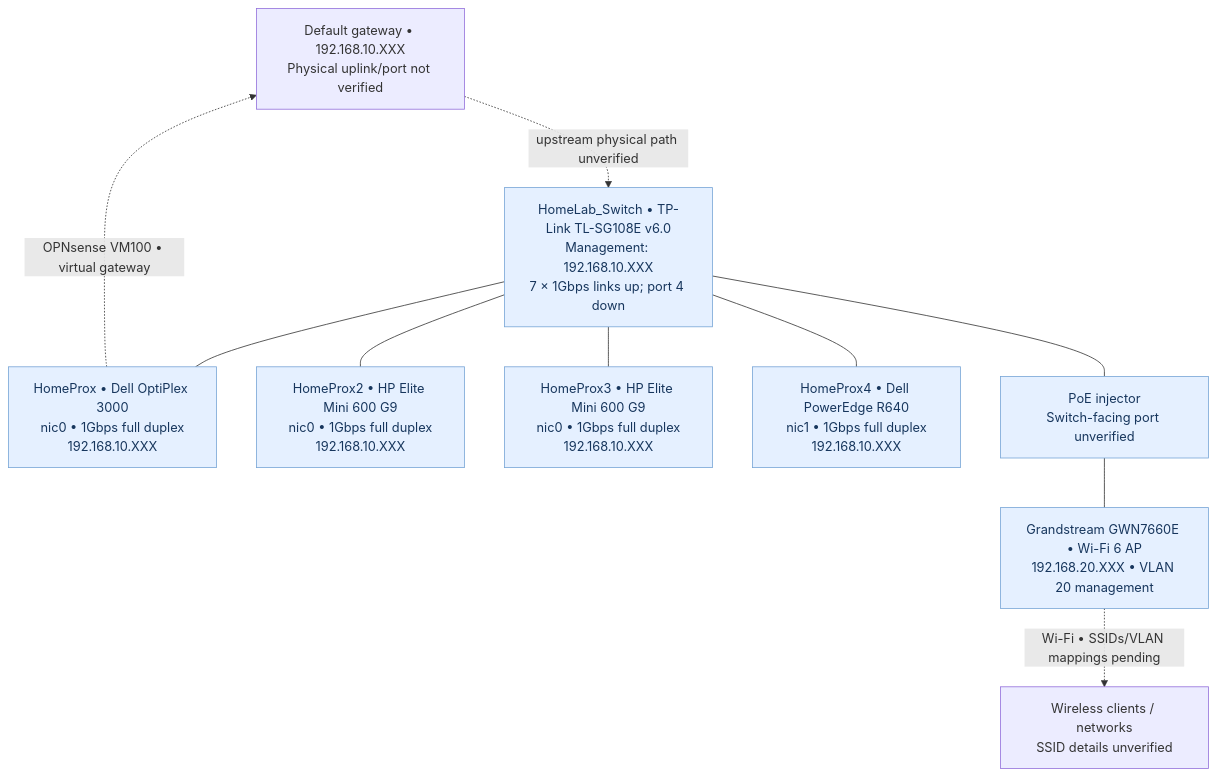
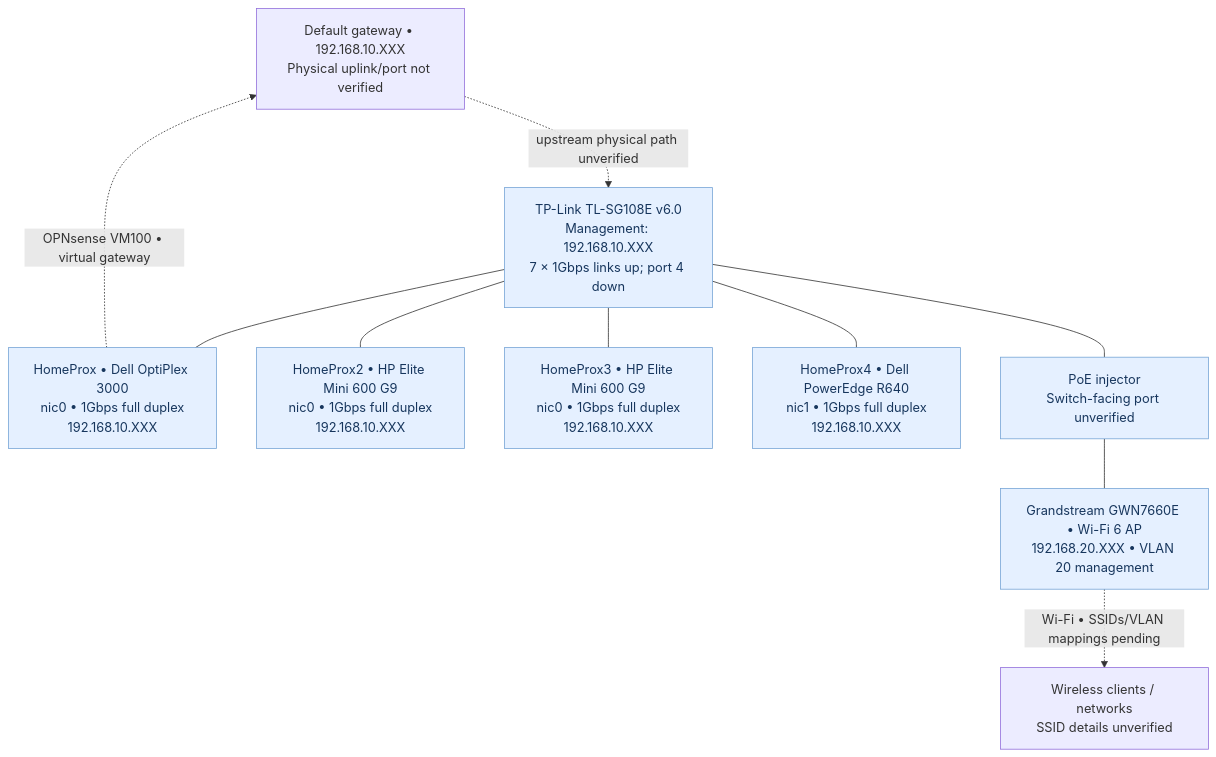
The second of 3 diagrams in network/diagrams/README.md (samuelkemp1619/HOMELAB-PORTFOLIO), drawn with Mermaid before and after one commit. The commit also changed other lines of this file, not shown here.

Commit message:
Redact device MAC addresses and identifying switch name from public network documentation

````diff
--- a/network/diagrams/README.md
+++ b/network/diagrams/README.md
@@ -56,16 +56,16 @@
 ```mermaid
 flowchart TB
     GW["Default gateway • 192.168.10.XXX<br/>Physical uplink/port not verified"]
-    SW["HomeLab_Switch • TP-Link TL-SG108E v6.0<br/>Management: 192.168.10.XXX<br/>7 × 1Gbps links up; port 4 down"]
+    SW["TP-Link TL-SG108E v6.0<br/>Management: 192.168.10.XXX<br/>7 × 1Gbps links up; port 4 down"]
     GW -. "upstream physical path unverified" .-> SW
     SW --- H1["HomeProx • Dell OptiPlex 3000<br/>nic0 • 1Gbps full duplex<br/>192.168.10.XXX"]
     SW --- H2["HomeProx2 • HP Elite Mini 600 G9<br/>nic0 • 1Gbps full duplex<br/>192.168.10.XXX"]
     SW --- H3["HomeProx3 • HP Elite Mini 600 G9<br/>nic0 • 1Gbps full duplex<br/>192.168.10.XXX"]
     SW --- H4["HomeProx4 • Dell PowerEdge R640<br/>nic1 • 1Gbps full duplex<br/>192.168.10.XXX"]
     SW --- POE["PoE injector<br/>Switch-facing port unverified"]
     POE --- AP["Grandstream GWN7660E • Wi-Fi 6 AP<br/>192.168.20.XXX • VLAN 20 management"]
     AP -. "Wi-Fi • SSIDs/VLAN mappings pending" .-> WIFI["Wireless clients / networks<br/>SSID details unverified"]
     H1 -. "OPNsense VM100 • virtual gateway" .-> GW
     classDef device fill:#e5f0ff,color:#17365d,stroke:#77a5d6
     class SW,H1,H2,H3,H4,POE,AP device
 ```
````
